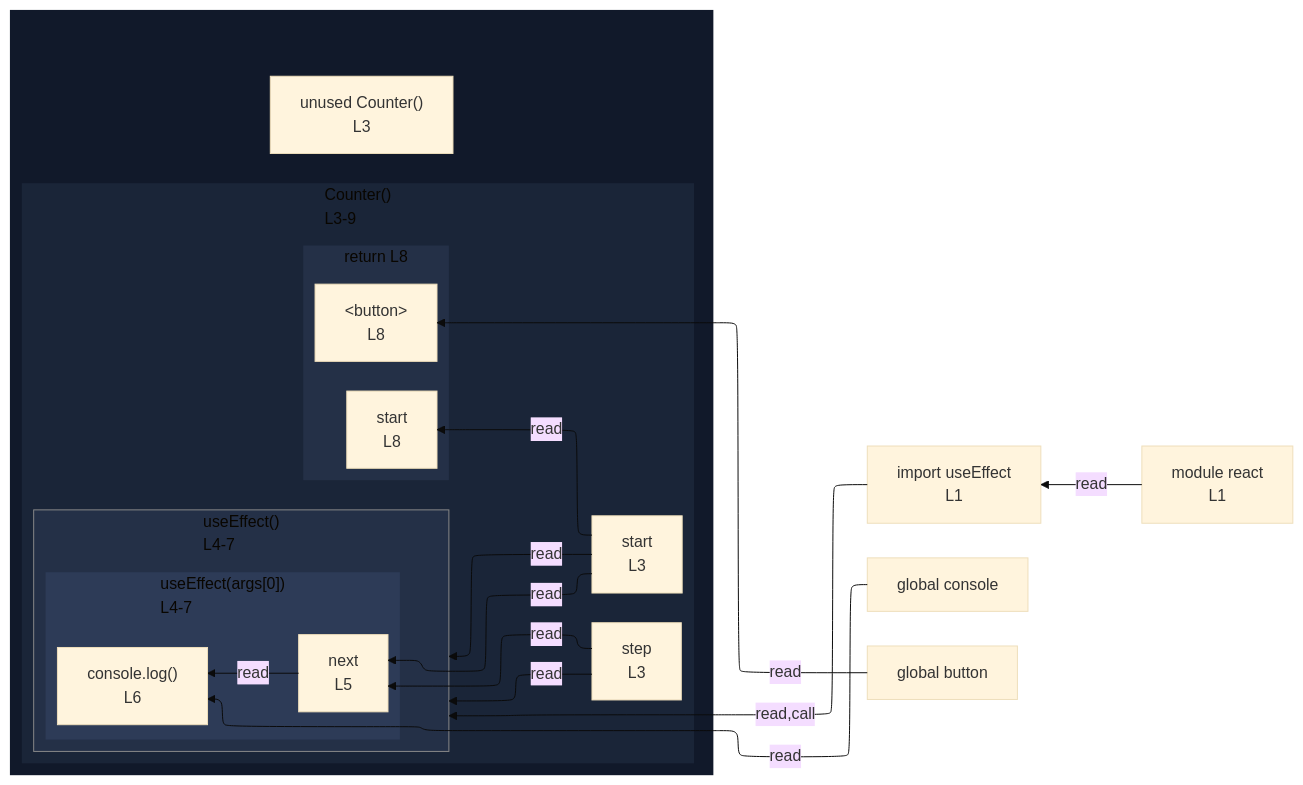
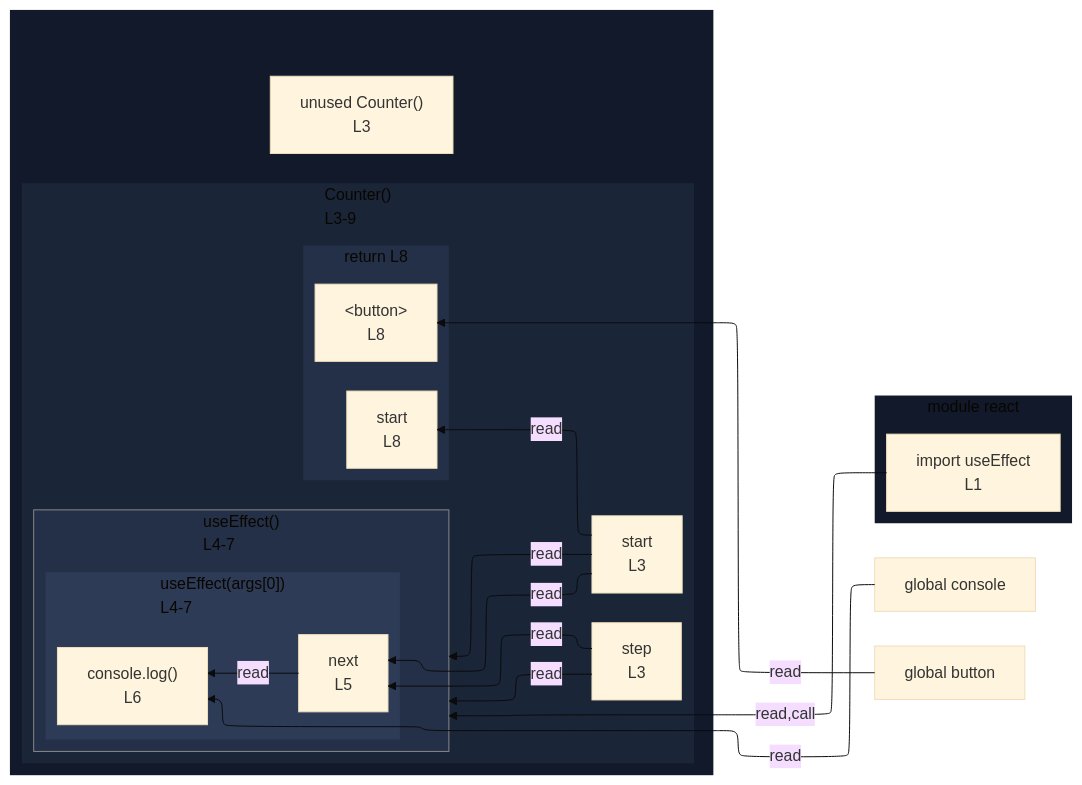
Before and after one commit to crescware/unsnarl: the diagram in integration/fixtures/app-behavior/plugin/react/use-effect/preview.md, drawn with Mermaid (base theme). The commit also changed 153 other files, not shown here.

First line of the commit message:
Render import sources as module subgraphs instead of module nodes

````diff
--- a/integration/fixtures/app-behavior/plugin/react/use-effect/preview.md
+++ b/integration/fixtures/app-behavior/plugin/react/use-effect/preview.md
@@ -19,51 +19,53 @@
 ```mermaid
 %%{init: {"flowchart": {"defaultRenderer": "elk"}}}%%
 flowchart RL
-  n_scope_0_useEffect_9["import useEffect<br/>L1"]
   n_scope_0_console_163["global console"]
   n_scope_0_button_213["global button"]
   subgraph wrap_s_scope_1[" "]
     direction TB
     n_scope_0_Counter_42["unused Counter()<br/>L3"]
     subgraph s_scope_1["Counter()<br/>L3-9"]
       direction RL
       n_scope_1_start_55["start<br/>L3"]
       n_scope_1_step_62["step<br/>L3"]
       subgraph expr_stmt_110["useEffect()<br/>L4-7"]
         direction RL
         subgraph s_scope_2["useEffect(args[0])<br/>L4-7"]
           direction RL
           n_scope_2_next_138["next<br/>L5"]
           expr_stmt_163["console.log()<br/>L6"]
         end
       end
       subgraph s_return_scope_0_Counter_42_205_237["return L8"]
         direction RL
         ret_use_ref_9["&lt;button&gt;<br/>L8"]
         ret_use_ref_10["start<br/>L8"]
       end
     end
   end
+  subgraph sg_react["module react"]
+    direction RL
+    n_scope_0_useEffect_9["import useEffect<br/>L1"]
+  end
   n_scope_0_useEffect_9 -->|read,call| expr_stmt_110
   n_scope_1_start_55 -->|read| n_scope_2_next_138
   n_scope_1_step_62 -->|read| n_scope_2_next_138
   n_scope_0_console_163 -->|read| expr_stmt_163
   n_scope_2_next_138 -->|read| expr_stmt_163
   n_scope_1_start_55 -->|read| expr_stmt_110
   n_scope_1_step_62 -->|read| expr_stmt_110
   n_scope_0_button_213 -->|read| ret_use_ref_9
   n_scope_1_start_55 -->|read| ret_use_ref_10
-  mod_react["module react<br/>L1"]
-  mod_react -->|read| n_scope_0_useEffect_9
   classDef nestL1 fill:#11192a,stroke:transparent;
   class wrap_s_scope_1 nestL1;
+  class sg_react nestL1;
   classDef nestL2 fill:#1a2538,stroke:transparent;
   class s_scope_1 nestL2;
   classDef nestL3 fill:#243047,stroke:transparent;
   class expr_stmt_110 nestL3;
   class s_return_scope_0_Counter_42_205_237 nestL3;
   classDef nestL4 fill:#2d3b57,stroke:transparent;
   class s_scope_2 nestL4;
   classDef edgeTargetSubgraph stroke:#888;
   class expr_stmt_110 edgeTargetSubgraph;
 ```
````
